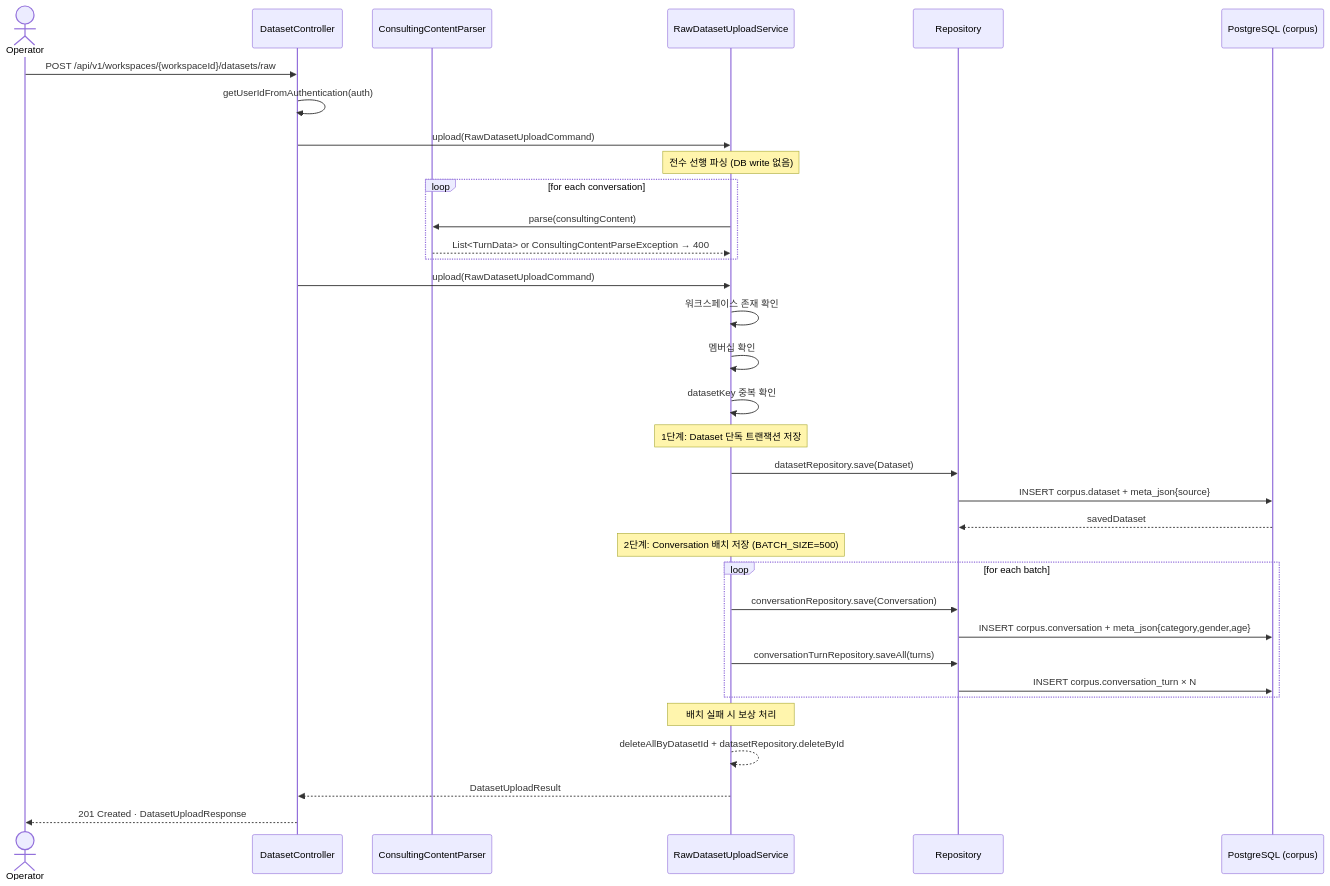
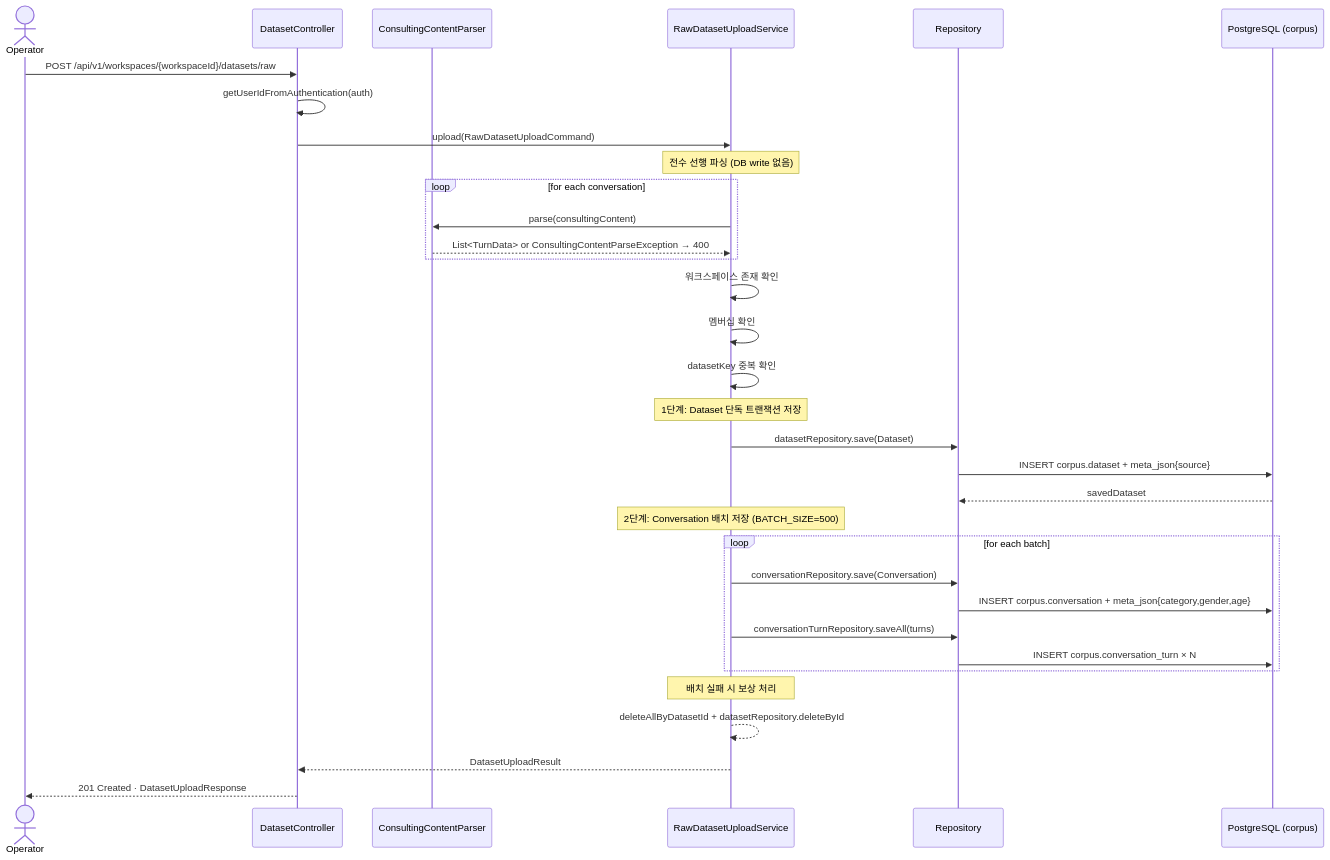
One commit to ajou-2026-1-capstone-5/ostone changed the first of 2 diagrams in .agent/specs/121.md. Above: the diagram before and after it, drawn with Mermaid. The commit also changed other lines of this file and 1 other file, not shown here.

````diff
--- a/.agent/specs/121.md
+++ b/.agent/specs/121.md
@@ -15,45 +15,43 @@
 ```mermaid
 sequenceDiagram
     actor op as Operator
     participant ctrl as DatasetController
     participant parser as ConsultingContentParser
     participant svc as RawDatasetUploadService
     participant repo as Repository
     participant db as PostgreSQL (corpus)
 
     op ->> ctrl: POST /api/v1/workspaces/{workspaceId}/datasets/raw
     ctrl ->> ctrl: getUserIdFromAuthentication(auth)
 
     ctrl ->> svc: upload(RawDatasetUploadCommand)
     
     Note over svc: 전수 선행 파싱 (DB write 없음)
     loop for each conversation
 	    svc ->> parser: parse(consultingContent)
 	    parser -->> svc: List<TurnData> or ConsultingContentParseException → 400
 	  end
-
-    ctrl ->> svc: upload(RawDatasetUploadCommand)
 
     svc ->> svc: 워크스페이스 존재 확인
     svc ->> svc: 멤버십 확인
     svc ->> svc: datasetKey 중복 확인
 
     Note over svc: 1단계: Dataset 단독 트랜잭션 저장
     svc ->> repo: datasetRepository.save(Dataset)
     repo ->> db: INSERT corpus.dataset + meta_json{source}
     db -->> repo: savedDataset
 
     Note over svc: 2단계: Conversation 배치 저장 (BATCH_SIZE=500)
     loop for each batch
         svc ->> repo: conversationRepository.save(Conversation)
         repo ->> db: INSERT corpus.conversation + meta_json{category,gender,age}
         svc ->> repo: conversationTurnRepository.saveAll(turns)
         repo ->> db: INSERT corpus.conversation_turn × N
     end
 
     Note over svc: 배치 실패 시 보상 처리
     svc -->> svc: deleteAllByDatasetId + datasetRepository.deleteById
 
     svc -->> ctrl: DatasetUploadResult
     ctrl -->> op: 201 Created · DatasetUploadResponse
 ```
````
